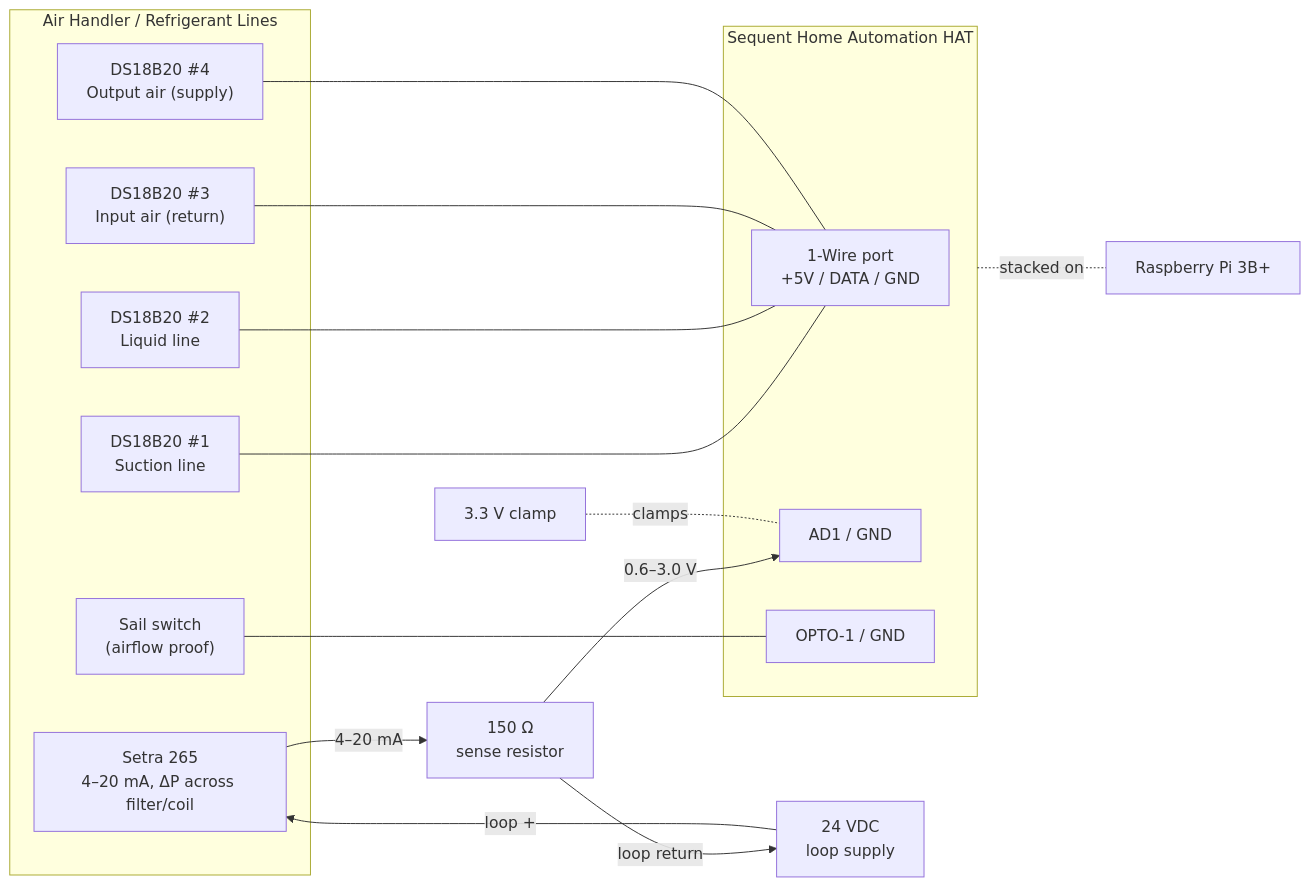
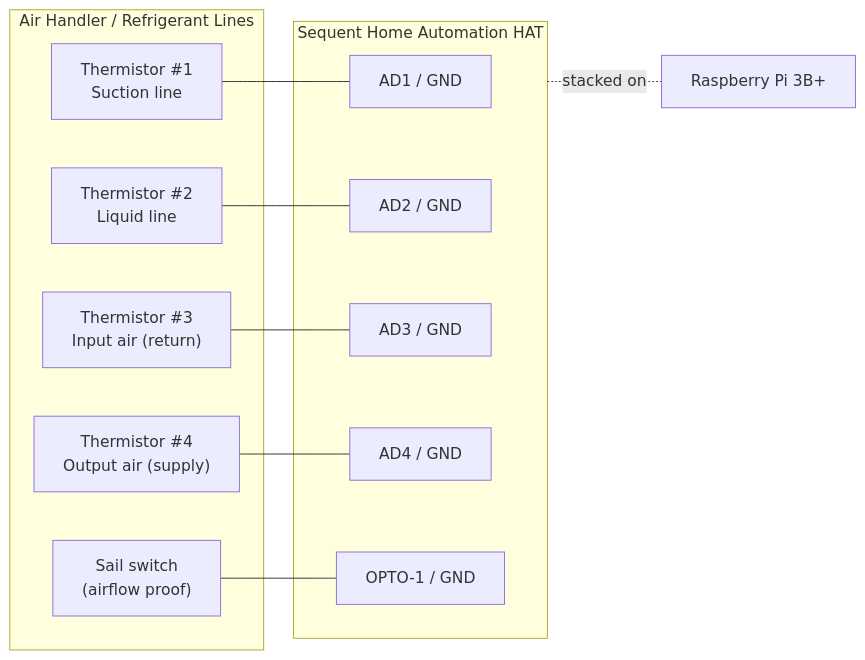
Before and after one commit to jeffstrout/ac-monitor: the diagram in docs/hardware.md, drawn with Mermaid. The commit also changed other lines of this file, not shown here.

First line of the commit message:
Rewrite hardware docs for thermistors; drop Setra pressure sensor

````diff
--- a/docs/hardware.md
+++ b/docs/hardware.md
@@ -66,35 +113,27 @@
 ```mermaid
 flowchart LR
     subgraph FIELD["Air Handler / Refrigerant Lines"]
-      T1["DS18B20 #1<br/>Suction line"]
-      T2["DS18B20 #2<br/>Liquid line"]
-      T3["DS18B20 #3<br/>Input air (return)"]
-      T4["DS18B20 #4<br/>Output air (supply)"]
+      T1["Thermistor #1<br/>Suction line"]
+      T2["Thermistor #2<br/>Liquid line"]
+      T3["Thermistor #3<br/>Input air (return)"]
+      T4["Thermistor #4<br/>Output air (supply)"]
       SAIL["Sail switch<br/>(airflow proof)"]
-      SETRA["Setra 265<br/>4–20 mA, ΔP across filter/coil"]
     end
 
-    P24["24 VDC<br/>loop supply"]
-    RS["150 Ω<br/>sense resistor"]
-    TVS["3.3 V clamp"]
-
     subgraph HAT["Sequent Home Automation HAT"]
-      OW["1-Wire port<br/>+5V / DATA / GND"]
       AD1["AD1 / GND"]
+      AD2["AD2 / GND"]
+      AD3["AD3 / GND"]
+      AD4["AD4 / GND"]
       O1["OPTO-1 / GND"]
     end
 
     PI["Raspberry Pi 3B+"]
 
-    T1 --- OW
-    T2 --- OW
-    T3 --- OW
-    T4 --- OW
+    T1 --- AD1
+    T2 --- AD2
+    T3 --- AD3
+    T4 --- AD4
     SAIL --- O1
-    P24 -- "loop +" --> SETRA
-    SETRA -- "4–20 mA" --> RS
-    RS -- "0.6–3.0 V" --> AD1
-    RS -- "loop return" --> P24
-    TVS -.clamps.- AD1
     HAT -.stacked on.- PI
 ```
````
